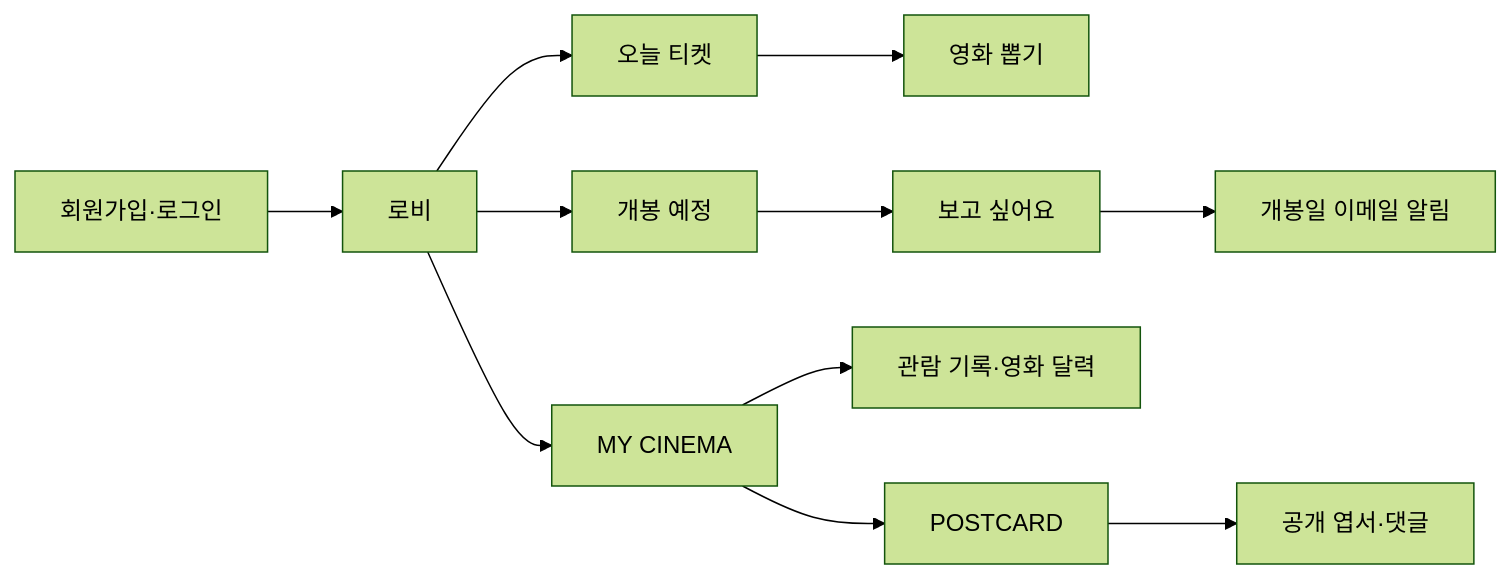
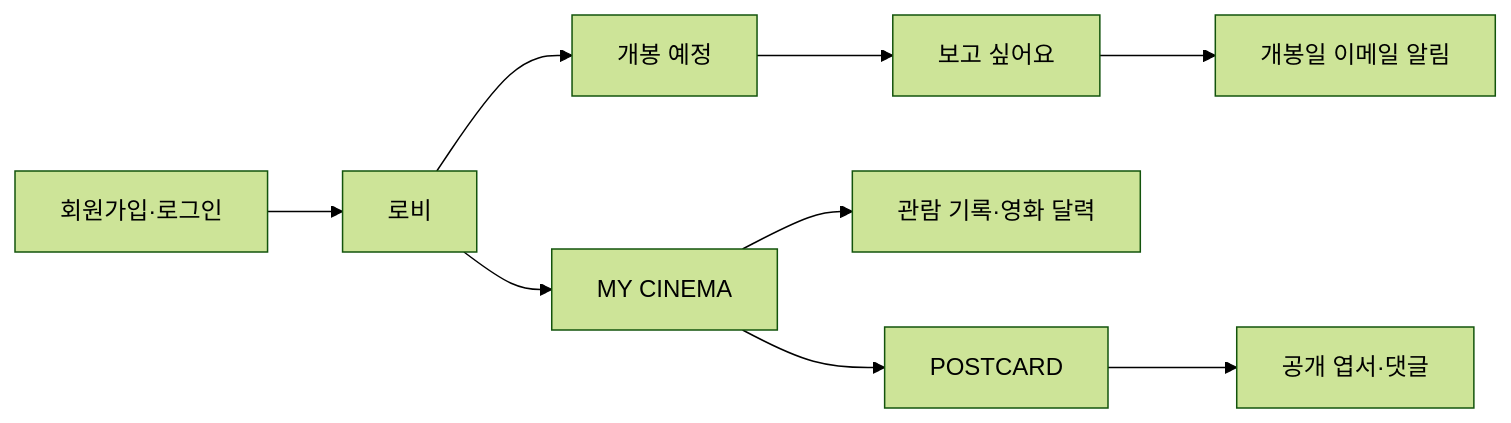
The diagram in docs/README.md (hgim96715-lgtm/cinemo), drawn with Mermaid (forest theme) before and after one commit. The commit also changed other lines of this file and 51 other files, not shown here.

````diff
--- a/docs/README.md
+++ b/docs/README.md
@@ -18,13 +18,11 @@
 ```mermaid
 flowchart LR
   Auth[회원가입·로그인] --> Lobby[로비]
-  Lobby --> Ticket[오늘 티켓]
-  Ticket --> Gacha[영화 뽑기]
   Lobby --> Upcoming[개봉 예정]
   Upcoming --> Wish[보고 싶어요]
   Wish --> Notice[개봉일 이메일 알림]
   Lobby --> Cinema[MY CINEMA]
   Cinema --> Watched[관람 기록·영화 달력]
   Cinema --> Postcard[POSTCARD]
   Postcard --> Community[공개 엽서·댓글]
 ```
````
